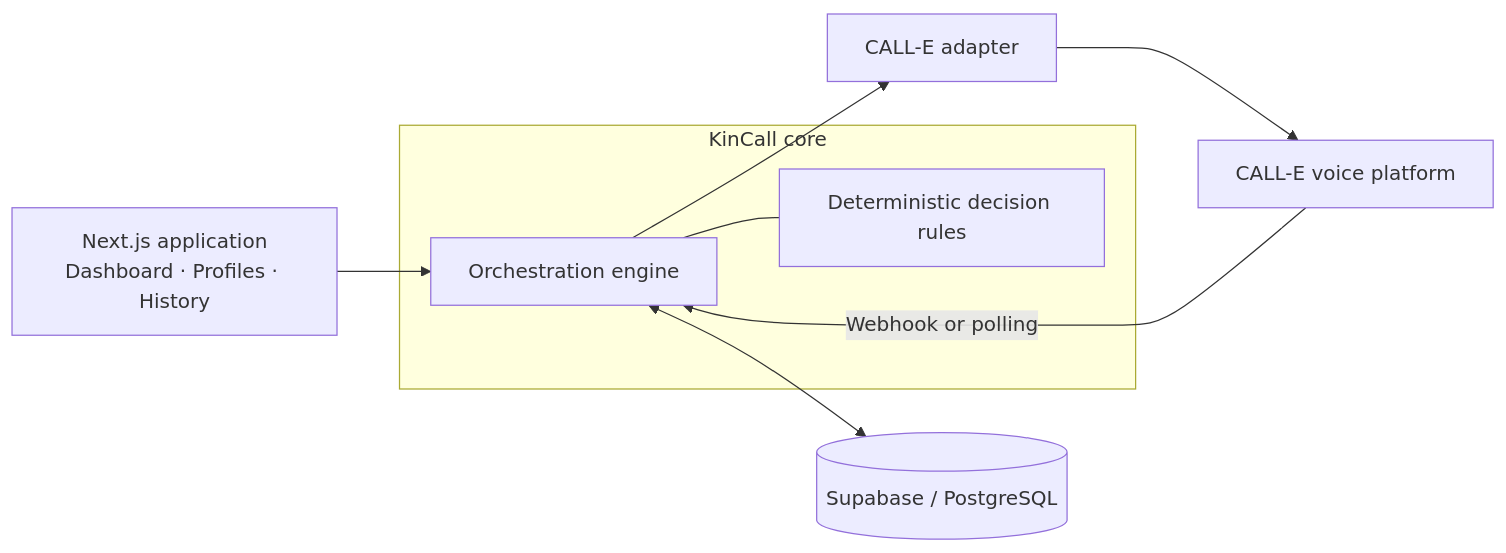
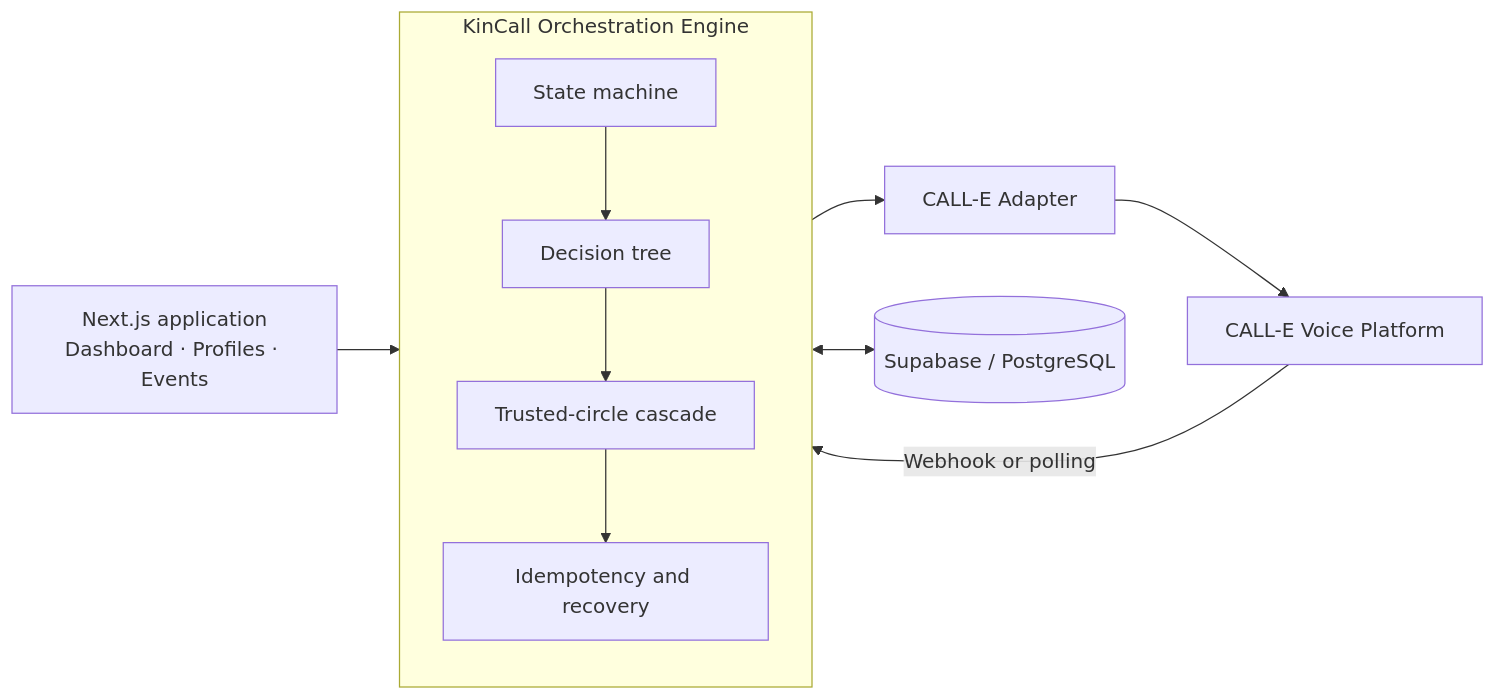
The fourth of 4 diagrams in README.md (JuriSOK/kincall), drawn with Mermaid before and after one commit. The commit also changed other lines of this file, not shown here.

````diff
--- a/README.md
+++ b/README.md
@@ -94,20 +335,25 @@
 ```mermaid
 flowchart LR
-    UI["Next.js application<br/>Dashboard · Profiles · History"]
+    UI["Next.js application<br/>Dashboard · Profiles · Events"]
 
-    subgraph CORE["KinCall core"]
-        ENGINE["Orchestration engine"]
-        RULES["Deterministic decision rules"]
-        ENGINE --- RULES
+    subgraph ENGINE["KinCall Orchestration Engine"]
+        STATE["State machine"]
+        TREE["Decision tree"]
+        CASCADE["Trusted-circle cascade"]
+        RECOVERY["Idempotency and recovery"]
+
+        STATE --> TREE
+        TREE --> CASCADE
+        CASCADE --> RECOVERY
     end
 
-    ADAPTER["CALL-E adapter"]
-    DATABASE[("Supabase / PostgreSQL")]
-    VOICE["CALL-E voice platform"]
+    ADAPTER["CALL-E Adapter"]
+    DB[("Supabase / PostgreSQL")]
+    VOICE["CALL-E Voice Platform"]
 
     UI --> ENGINE
-    ENGINE <--> DATABASE
+    ENGINE <--> DB
     ENGINE --> ADAPTER
     ADAPTER --> VOICE
     VOICE -->|"Webhook or polling"| ENGINE
 ```
````
